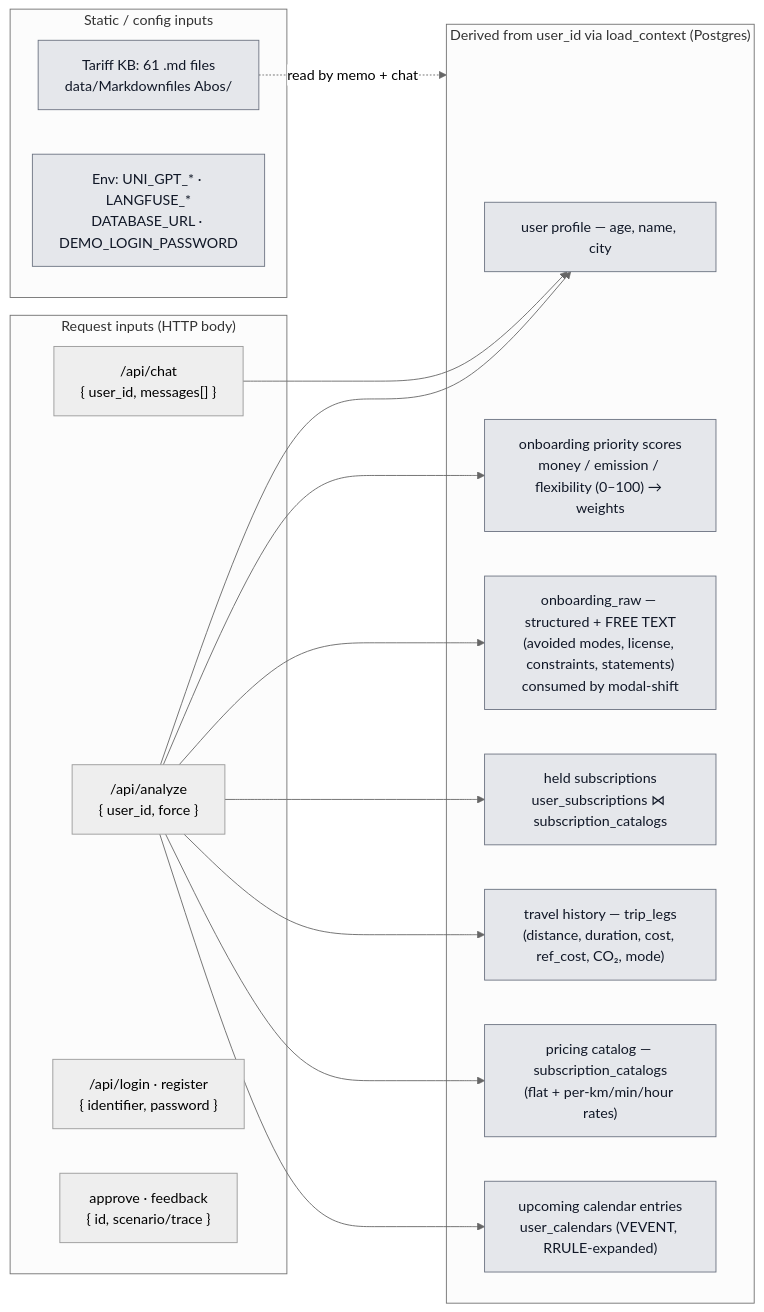
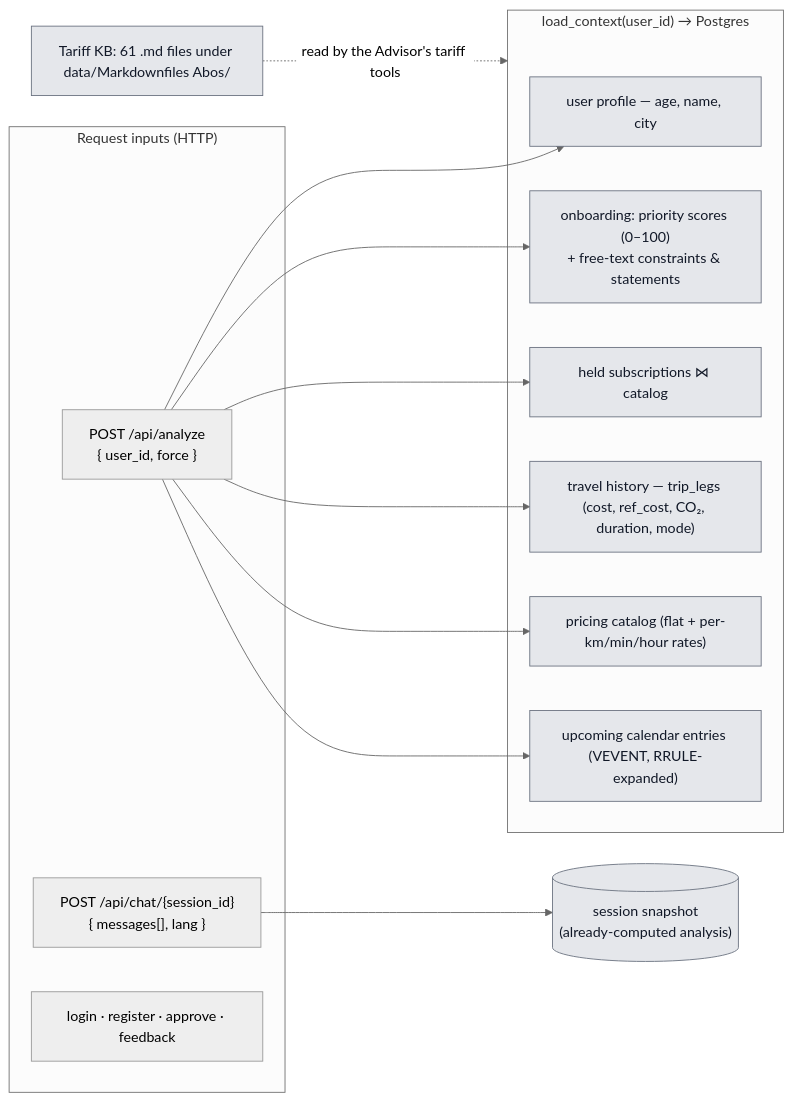
Before and after one commit to tjorgeo/AIIM_DB_mobility_advisior: the second of 13 diagrams in DELIVERABLES/BACKEND_ARCHITECTURE_REPORT.md, drawn with Mermaid (neutral theme). The commit also changed other lines of this file and 2 other files, not shown here.

First line of the commit message:
Refactor test mode factors to dynamically locate gen_personas.py

````diff
--- a/DELIVERABLES/BACKEND_ARCHITECTURE_REPORT.md
+++ b/DELIVERABLES/BACKEND_ARCHITECTURE_REPORT.md
@@ -107,30 +103,23 @@
 ```mermaid
 flowchart LR
-    subgraph inputs["Request inputs (HTTP body)"]
-        I1["/api/analyze<br/>{ user_id, force }"]
-        I2["/api/chat<br/>{ user_id, messages[] }"]
-        I3["/api/login · register<br/>{ identifier, password }"]
-        I4["approve · feedback<br/>{ id, scenario/trace }"]
+    subgraph inputs["Request inputs (HTTP)"]
+        I1["POST /api/analyze<br/>{ user_id, force }"]
+        I2["POST /api/chat/{session_id}<br/>{ messages[], lang }"]
+        I3["login · register · approve · feedback"]
     end
+    subgraph derived["load_context(user_id) → Postgres"]
+        D1["user profile — age, name, city"]
+        D2["onboarding: priority scores (0–100)<br/>+ free-text constraints & statements"]
+        D3["held subscriptions ⋈ catalog"]
+        D4["travel history — trip_legs (cost, ref_cost, CO₂, duration, mode)"]
+        D5["pricing catalog (flat + per-km/min/hour rates)"]
+        D6["upcoming calendar entries (VEVENT, RRULE-expanded)"]
+    end
+    KB["Tariff KB: 61 .md files under data/Markdownfiles Abos/"]
 
-    subgraph derived["Derived from user_id via load_context (Postgres)"]
-        D1["user profile — age, name, city"]
-        D2["onboarding priority scores<br/>money / emission / flexibility (0–100) → weights"]
-        D2b["onboarding_raw — structured + FREE TEXT<br/>(avoided modes, license, constraints, statements)<br/>consumed by modal-shift"]
-        D3["held subscriptions<br/>user_subscriptions ⋈ subscription_catalogs"]
-        D4["travel history — trip_legs<br/>(distance, duration, cost, ref_cost, CO₂, mode)"]
-        D5["pricing catalog — subscription_catalogs<br/>(flat + per-km/min/hour rates)"]
-        D6["upcoming calendar entries<br/>user_calendars (VEVENT, RRULE-expanded)"]
-    end
-
-    subgraph static["Static / config inputs"]
-        S1["Tariff KB: 61 .md files<br/>data/Markdownfiles Abos/"]
-        S2["Env: UNI_GPT_* · LANGFUSE_*<br/>DATABASE_URL · DEMO_LOGIN_PASSWORD"]
-    end
-
-    I1 --> D1 & D2 & D2b & D3 & D4 & D5 & D6
-    I2 --> D1
-    S1 -. read by memo + chat .-> derived
+    I1 --> D1 & D2 & D3 & D4 & D5 & D6
+    I2 --> SNAP[("session snapshot<br/>(already-computed analysis)")]
+    KB -. read by the Advisor's tariff tools .-> derived
     classDef store fill:#e5e7eb,stroke:#6b7280,color:#111827;
-    class D1,D2,D2b,D3,D4,D5,D6,S1,S2 store;
+    class D1,D2,D3,D4,D5,D6,KB,SNAP store;
 ```
````
